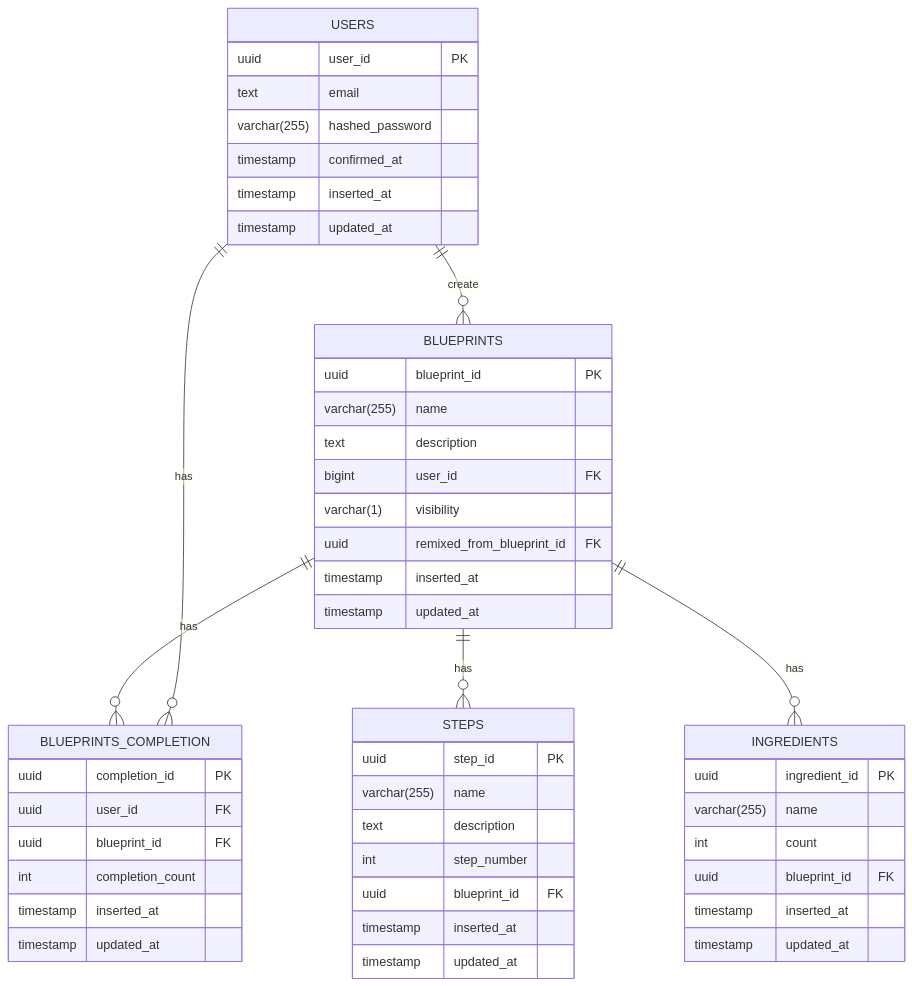
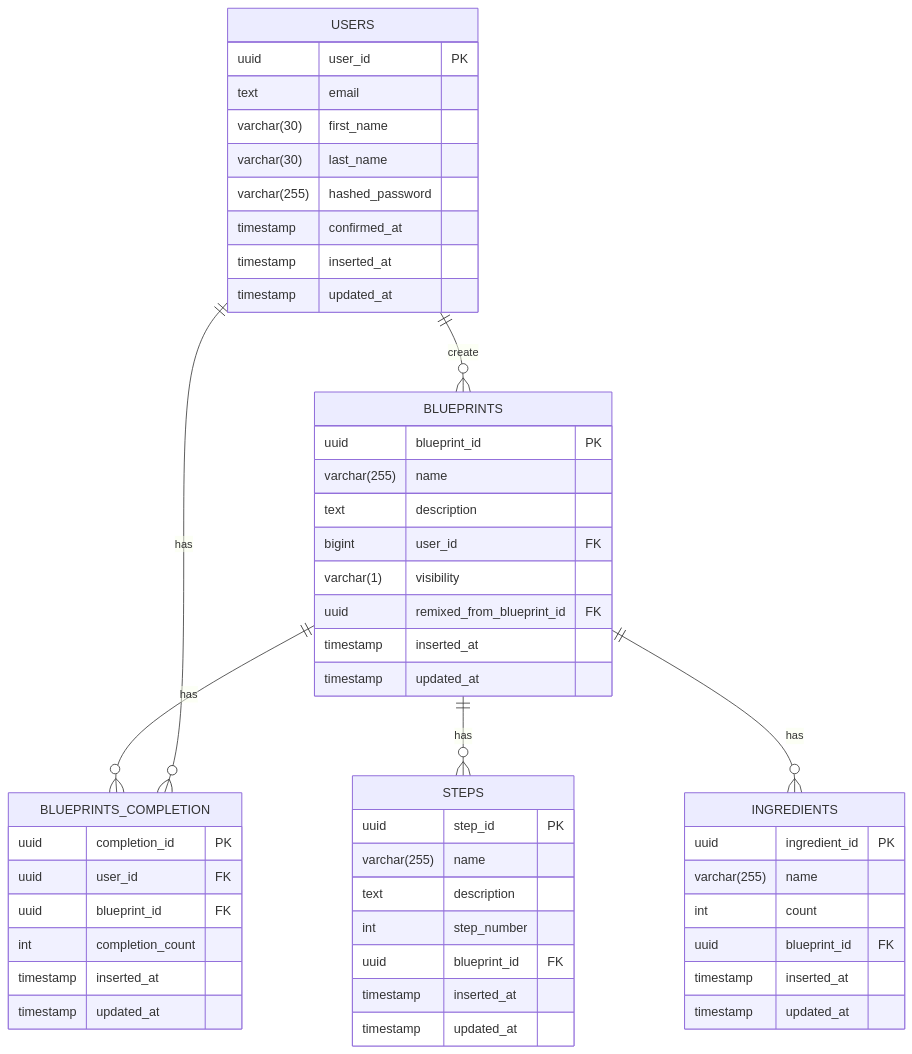
Before and after one commit to m4hi2/taskchecklist: the diagram in README.md, drawn with Mermaid.

Commit message:
add name for user

````diff
--- a/README.md
+++ b/README.md
@@ -14,51 +14,53 @@
 ```mermaid
 erDiagram
     USERS ||--o{ BLUEPRINTS : create
     USERS {
         uuid user_id PK
         text email
+        varchar(30) first_name
+        varchar(30) last_name
         varchar(255) hashed_password
         timestamp confirmed_at
         timestamp inserted_at
         timestamp updated_at
     }
     BLUEPRINTS {
       uuid blueprint_id PK
       varchar(255) name
       text description
       bigint user_id FK
       varchar(1) visibility
       uuid remixed_from_blueprint_id FK
       timestamp inserted_at
       timestamp updated_at
     }
     BLUEPRINTS ||--o{ BLUEPRINTS_COMPLETION : has
     USERS ||--o{ BLUEPRINTS_COMPLETION : has
     BLUEPRINTS_COMPLETION {
         uuid completion_id PK
         uuid user_id FK
         uuid blueprint_id FK 
         int completion_count
         timestamp inserted_at
         timestamp updated_at
     }
     BLUEPRINTS ||--o{ STEPS : has
     STEPS {
         uuid step_id PK
         varchar(255) name
         text description
         int step_number
         uuid blueprint_id FK
         timestamp inserted_at
         timestamp updated_at
     }
     BLUEPRINTS ||--o{ INGREDIENTS : has
     INGREDIENTS {
         uuid ingredient_id PK
         varchar(255) name
         int count
         uuid blueprint_id FK
         timestamp inserted_at
         timestamp updated_at
     }
 ```
````
